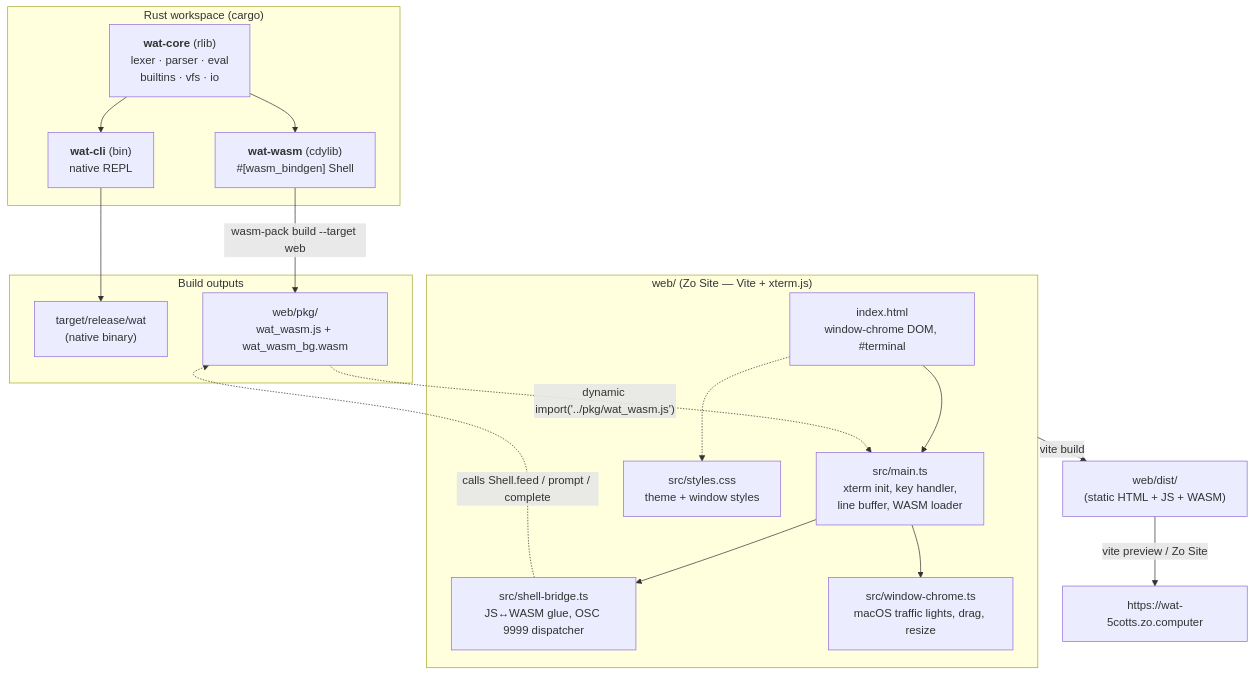
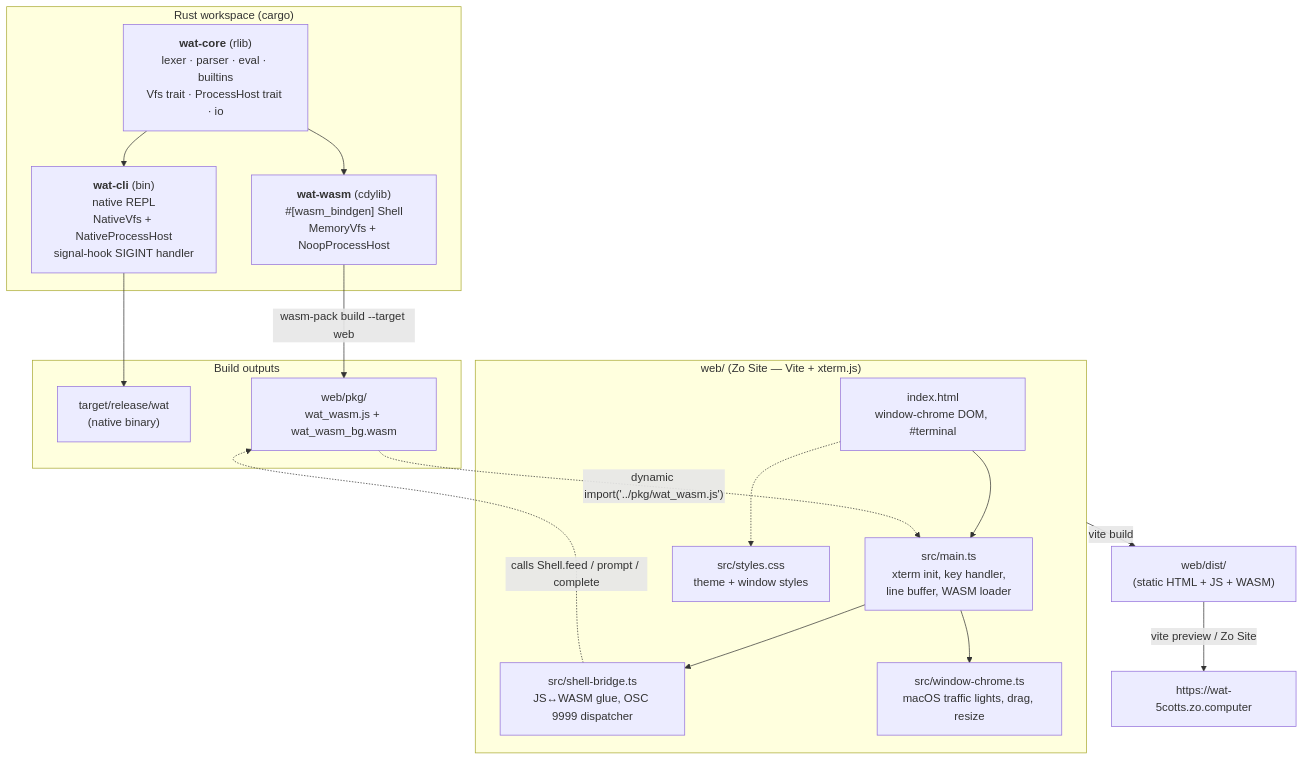
One commit to 5cotts/wat changed the first of 2 diagrams in README.md. Above: the diagram before and after it, drawn with Mermaid. The commit also changed other lines of this file and 1 other file, not shown here.

````diff
--- a/README.md
+++ b/README.md
@@ -64,35 +70,35 @@
 ```mermaid
 flowchart TB
   subgraph Rust["Rust workspace (cargo)"]
-    core["<b>wat-core</b> (rlib)<br/>lexer · parser · eval<br/>builtins · vfs · io"]
-    cli["<b>wat-cli</b> (bin)<br/>native REPL"]
-    wasm["<b>wat-wasm</b> (cdylib)<br/>#[wasm_bindgen] Shell"]
+    core["<b>wat-core</b> (rlib)<br/>lexer · parser · eval · builtins<br/>Vfs trait · ProcessHost trait · io"]
+    cli["<b>wat-cli</b> (bin)<br/>native REPL<br/>NativeVfs + NativeProcessHost<br/>signal-hook SIGINT handler"]
+    wasm["<b>wat-wasm</b> (cdylib)<br/>#[wasm_bindgen] Shell<br/>MemoryVfs + NoopProcessHost"]
     core --> cli
     core --> wasm
   end
 
   subgraph Build["Build outputs"]
     binary["target/release/wat<br/>(native binary)"]
     pkg["web/pkg/<br/>wat_wasm.js + wat_wasm_bg.wasm"]
     cli --> binary
     wasm -- "wasm-pack build --target web" --> pkg
   end
 
   subgraph Web["web/ (Zo Site — Vite + xterm.js)"]
     html["index.html<br/>window-chrome DOM, #terminal"]
     main["src/main.ts<br/>xterm init, key handler,<br/>line buffer, WASM loader"]
     bridge["src/shell-bridge.ts<br/>JS↔WASM glue, OSC 9999 dispatcher"]
     chrome["src/window-chrome.ts<br/>macOS traffic lights, drag, resize"]
     css["src/styles.css<br/>theme + window styles"]
     html --> main
     main --> bridge
     main --> chrome
     html -.-> css
   end
 
   pkg -. "dynamic import('../pkg/wat_wasm.js')" .-> main
   bridge -. "calls Shell.feed / prompt / complete" .-> pkg
 
   Web -- "vite build" --> dist["web/dist/<br/>(static HTML + JS + WASM)"]
   dist -- "vite preview / Zo Site" --> live["https://wat-5cotts.zo.computer"]
 ```
````
